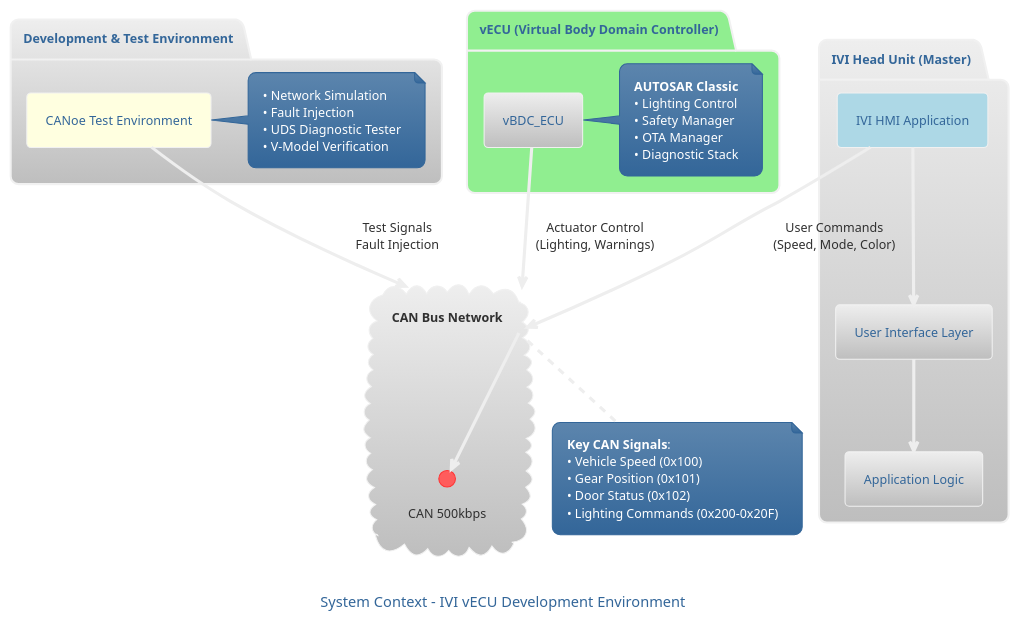
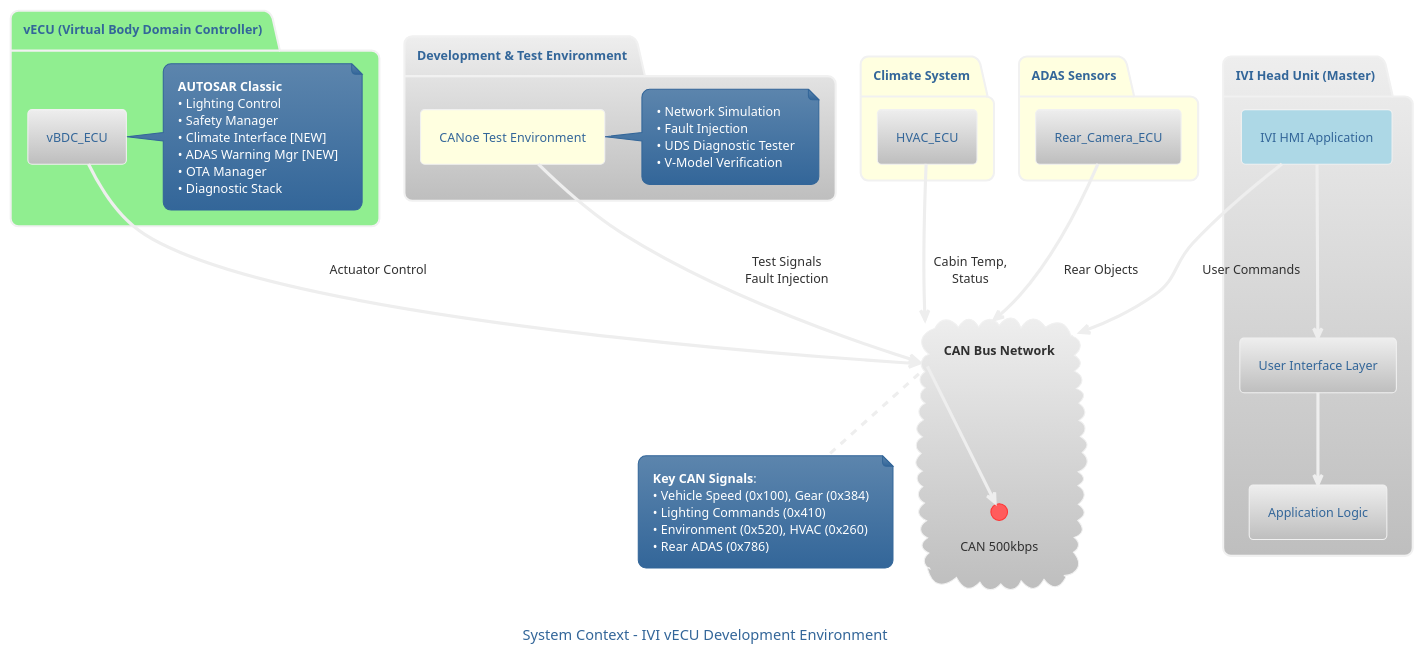
Before and after one commit to VectorCANoe/canoe-driving-alert: the first of 3 diagrams in architecture/system-architecture/architecture_overview.md, drawn with PlantUML. The commit also changed other lines of this file and 40 other files, not shown here.

First line of the commit message:
feat: Update Level 1-4 architecture diagrams with new ECUs and sensors

````diff
--- a/architecture/system-architecture/architecture_overview.md
+++ b/architecture/system-architecture/architecture_overview.md
@@ -13,59 +13,71 @@
 ```plantuml
 @startuml
 !theme silver
 skinparam componentStyle rectangle
 
 ' System Context Diagram
 package "Development & Test Environment" {
     [CANoe Test Environment] as CANoe #LightYellow
     note right of CANoe
         • Network Simulation
         • Fault Injection
         • UDS Diagnostic Tester
         • V-Model Verification
     end note
 }
 
 package "IVI Head Unit (Master)" {
     [IVI HMI Application] as IVI_HMI #LightBlue
     [User Interface Layer] as UI
     [Application Logic] as APP
 
     IVI_HMI --> UI
     UI --> APP
 }
 
 package "vECU (Virtual Body Domain Controller)" #LightGreen {
     [vBDC_ECU] as vBDC
     note right of vBDC
         **AUTOSAR Classic**
         • Lighting Control
         • Safety Manager
+        • Climate Interface [NEW]
+        • ADAS Warning Mgr [NEW]
         • OTA Manager
         • Diagnostic Stack
     end note
+}
+
+package "Climate System" #LightYellow {
+    [HVAC_ECU] as HVAC
+}
+
+package "ADAS Sensors" #LightYellow {
+    [Rear_Camera_ECU] as RCAM
 }
 
 ' CAN Network
 cloud "CAN Bus Network" as CAN {
     interface "CAN 500kbps" as CAN_IF
 }
 
 ' Connections
 CANoe --> CAN : Test Signals\nFault Injection
-IVI_HMI --> CAN : User Commands\n(Speed, Mode, Color)
-vBDC --> CAN : Actuator Control\n(Lighting, Warnings)
+IVI_HMI --> CAN : User Commands
+vBDC --> CAN : Actuator Control
+HVAC --> CAN : Cabin Temp,\nStatus
+RCAM --> CAN : Rear Objects
 CAN --> CAN_IF
 
 ' Annotations
 note bottom of CAN
     **Key CAN Signals**:
-    • Vehicle Speed (0x100)
-    • Gear Position (0x101)
-    • Door Status (0x102)
-    • Lighting Commands (0x200-0x20F)
+    • Vehicle Speed (0x100), Gear (0x384)
+    • Lighting Commands (0x410)
+    • Environment (0x520), HVAC (0x260)
+    • Rear ADAS (0x786)
 end note
 
 caption System Context - IVI vECU Development Environment
 @enduml
 ```
````
